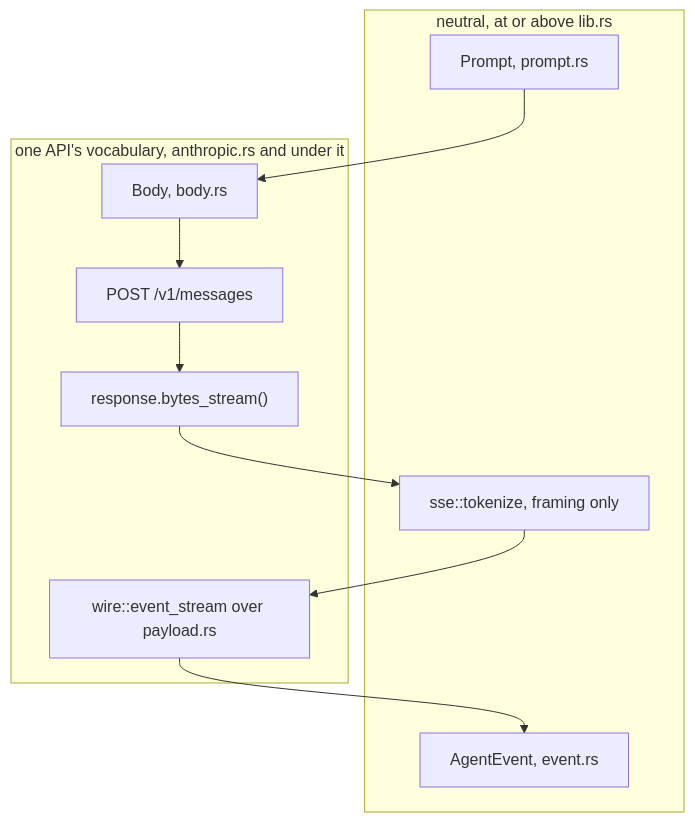
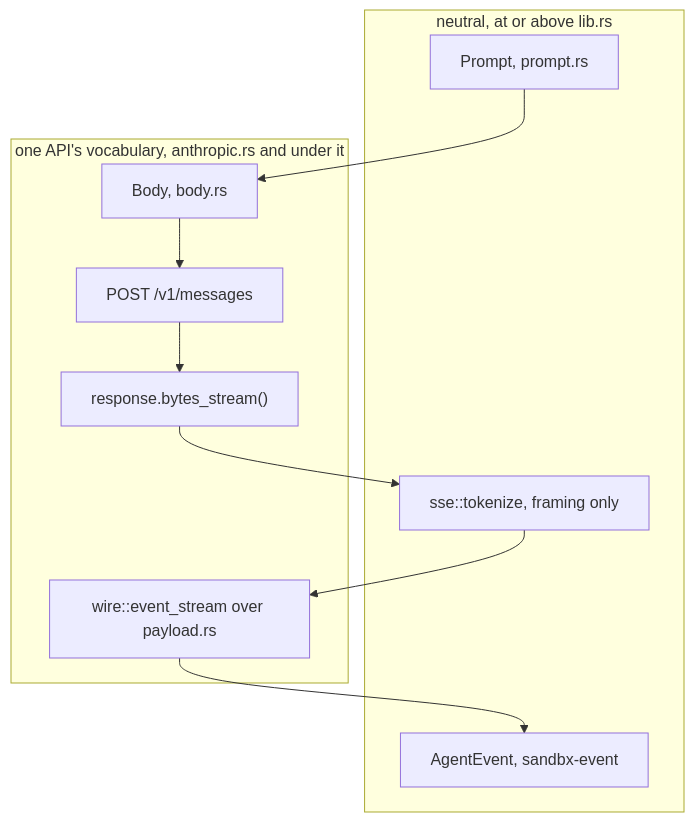
Before and after one commit to danczw/sandbx: the first of 2 diagrams in context/onboarding/20-crate-providers.md, drawn with Mermaid. The commit also changed other lines of this file and 45 other files, not shown here.

````diff
--- a/context/onboarding/20-crate-providers.md
+++ b/context/onboarding/20-crate-providers.md
@@ -68,15 +71,15 @@
 ```mermaid
 flowchart TD
     subgraph above["neutral, at or above lib.rs"]
         P["Prompt, prompt.rs"]
         K["sse::tokenize, framing only"]
-        A["AgentEvent, event.rs"]
+        A["AgentEvent, sandbx-event"]
     end
     subgraph below["one API's vocabulary, anthropic.rs and under it"]
         B["Body, body.rs"]
         H["POST /v1/messages"]
         Y["response.bytes_stream()"]
         W["wire::event_stream over payload.rs"]
     end
     P --> B --> H --> Y --> K --> W --> A
 ```
````
